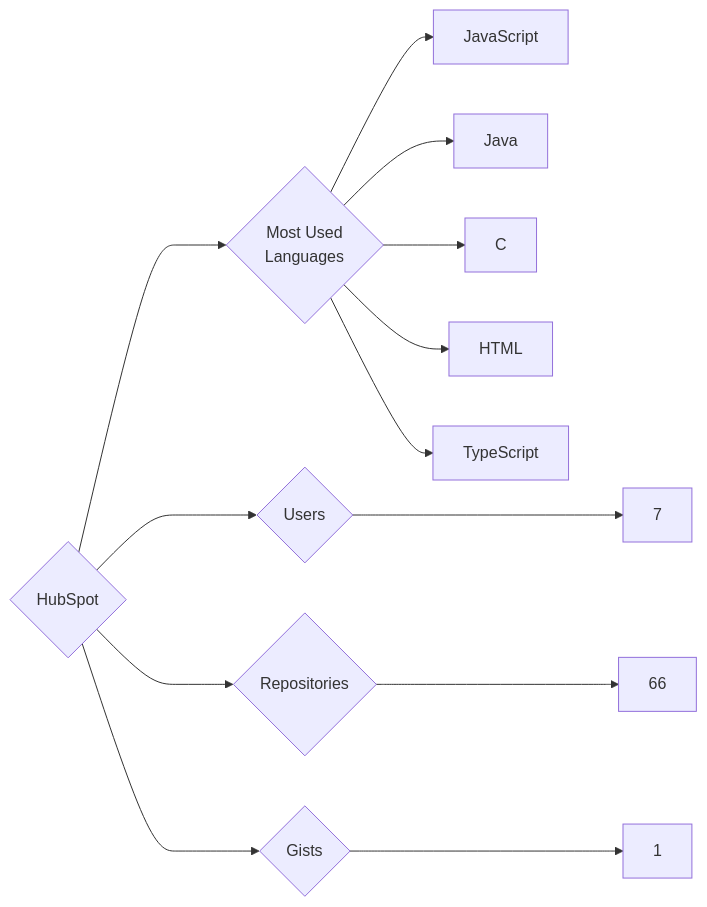
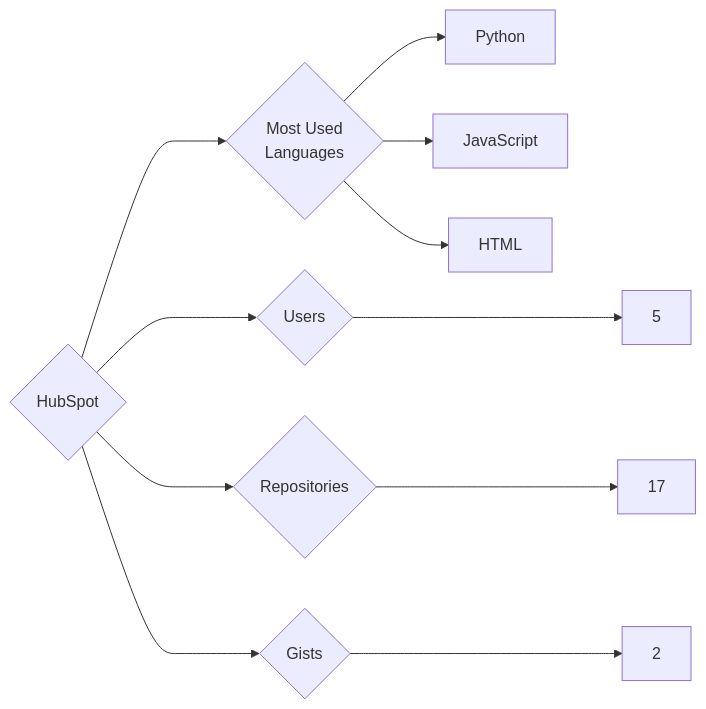
Before and after one commit to trickest/insiders: the diagram in targets/HubSpot/README.md, drawn with Mermaid. The commit also changed 1092 other files, not shown here.

````diff
--- a/targets/HubSpot/README.md
+++ b/targets/HubSpot/README.md
@@ -3,13 +3,11 @@
 ```mermaid
 graph LR
 COMPANY_NAME{HubSpot}
-COMPANY_NAME ---> U{Users} ---> UN[7]
-COMPANY_NAME ---> R{Repositories} ---> RN[66]
-COMPANY_NAME ---> G{Gists} ---> GN[1]
+COMPANY_NAME ---> U{Users} ---> UN[5]
+COMPANY_NAME ---> R{Repositories} ---> RN[17]
+COMPANY_NAME ---> G{Gists} ---> GN[2]
 COMPANY_NAME ---> ML{Most Used<br>Languages}
+ML --> Python[Python]
 ML --> JavaScript[JavaScript]
-ML --> Java[Java]
-ML --> C[C]
 ML --> HTML[HTML]
-ML --> TypeScript[TypeScript]
 ```
````
